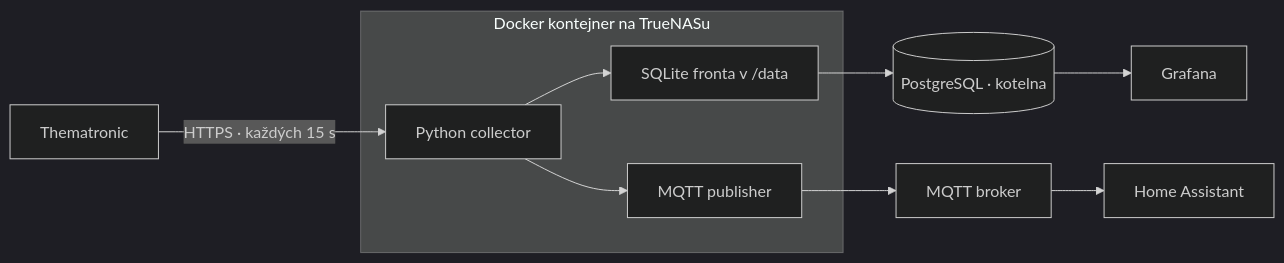
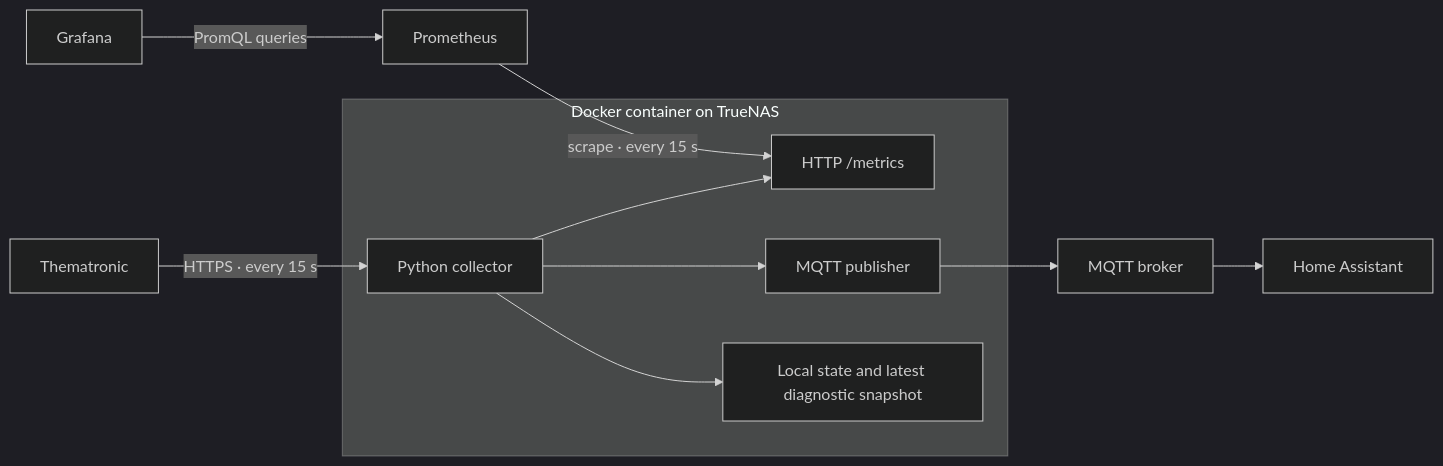
One commit to AlienTab1/kotel-logger changed the diagram in README.md. Above: the diagram before and after it, drawn with Mermaid (dark theme). The commit also changed other lines of this file and 40 other files, not shown here.

Commit message:
Remove of SQLite and add Prometheus instead

````diff
--- a/README.md
+++ b/README.md
@@ -18,12 +20,13 @@
 ```mermaid
 flowchart LR
-    Web[Thematronic] -->|HTTPS · každých 15 s| Reader
-    subgraph Container[Docker kontejner na TrueNASu]
-        Reader[Python collector] --> Queue[SQLite fronta v /data]
+    Web[Thematronic] -->|HTTPS · every 15 s| Reader
+    subgraph Container[Docker container on TrueNAS]
+        Reader[Python collector] --> Metrics[HTTP /metrics]
         Reader --> Publisher[MQTT publisher]
+        Reader --> State[Local state and latest diagnostic snapshot]
     end
-    Queue --> PostgreSQL[(PostgreSQL · kotelna)]
-    PostgreSQL --> Grafana
+    Prometheus -->|scrape · every 15 s| Metrics
+    Grafana -->|PromQL queries| Prometheus
     Publisher --> Broker[MQTT broker]
     Broker --> HA[Home Assistant]
 ```
````
